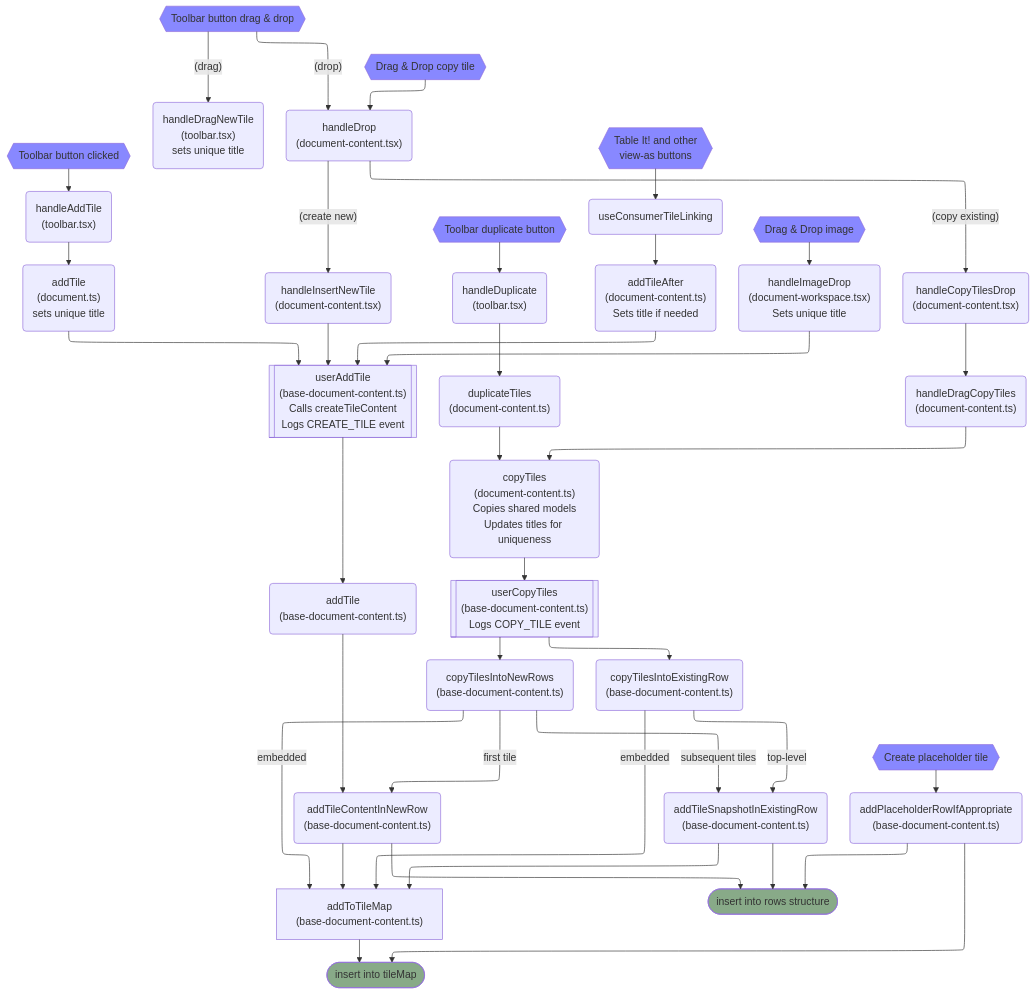
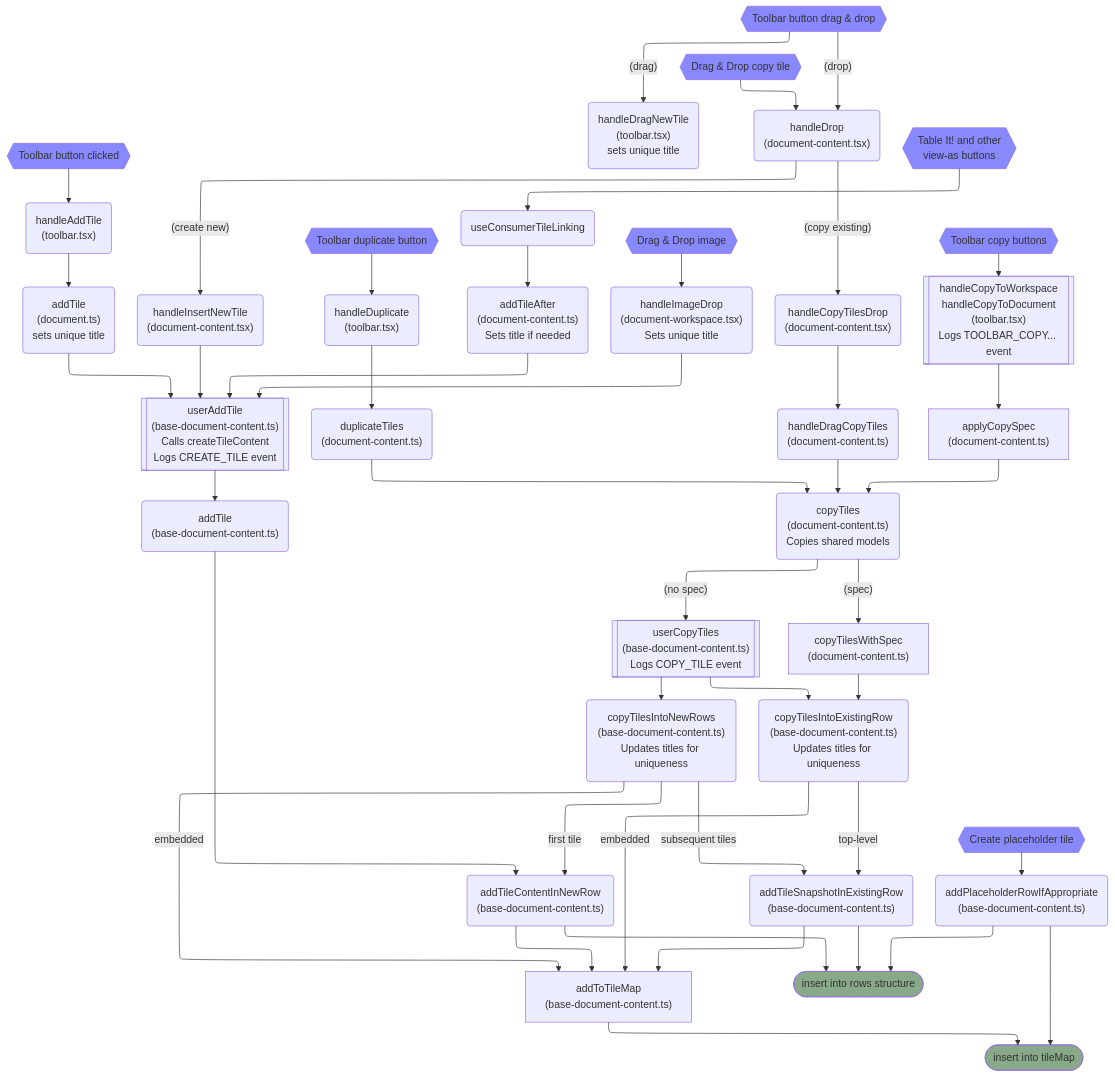
One commit to concord-consortium/collaborative-learning changed the diagram in docs/tile-creation.md. Above: the diagram before and after it, drawn with Mermaid. The commit also changed 5 other files, not shown here.

````diff
--- a/docs/tile-creation.md
+++ b/docs/tile-creation.md
@@ -27,8 +27,8 @@
 toolbarDuplicate{{Toolbar duplicate button}}
 ThandleDuplicate("handleDuplicate<br/>(toolbar.tsx)")
 DCduplicateTiles("duplicateTiles<br/>(document-content.ts)")
-DCcopyTiles("copyTiles<br/>(document-content.ts)<br/>Copies shared models<br/>Updates titles for uniqueness")
-BDCcopyTilesIntoNewRows("copyTilesIntoNewRows<br/>(base-document-content.ts)")
+DCcopyTiles("copyTiles<br/>(document-content.ts)<br/>Copies shared models")
+BDCcopyTilesIntoNewRows("copyTilesIntoNewRows<br/>(base-document-content.ts)<br/>Updates titles for uniqueness")
 
 toolbarDuplicate --> ThandleDuplicate --> DCduplicateTiles --> DCcopyTiles
 BDCcopyTilesIntoNewRows --> |first tile|BDCaddTileContentInNewRow
@@ -54,12 +54,17 @@
 DChandleCopyTilesDrop("handleCopyTilesDrop<br/>(document-content.tsx)")
 DChandleDragCopyTiles("handleDragCopyTiles<br/>(document-content.ts)")
 BDCuserCopyTiles[["userCopyTiles<br/>(base-document-content.ts)<br/>Logs COPY_TILE event"]]
-BDCcopyTilesIntoExistingRow("copyTilesIntoExistingRow<br/>(base-document-content.ts)")
+BDCcopyTilesIntoExistingRow("copyTilesIntoExistingRow<br/>(base-document-content.ts)<br/>Updates titles for uniqueness")
 BDCcopyTilesIntoExistingRow --> |embedded| BDCaddToTileMap
 BDCcopyTilesIntoExistingRow --> |top-level| BDCaddTileSnapshotInExistingRow
 
-dragTile --> DChandleDrop -- (copy existing) --> DChandleCopyTilesDrop --> DChandleDragCopyTiles --> DCcopyTiles --> BDCuserCopyTiles --> BDCcopyTilesIntoNewRows & BDCcopyTilesIntoExistingRow
+dragTile --> DChandleDrop -- (copy existing) --> DChandleCopyTilesDrop --> DChandleDragCopyTiles --> DCcopyTiles -- (no spec) --> BDCuserCopyTiles --> BDCcopyTilesIntoNewRows & BDCcopyTilesIntoExistingRow
 
+toolbarCopy{{Toolbar copy buttons}} --> handleCopyTo
+handleCopyTo[["handleCopyToWorkspace<br/>handleCopyToDocument<br/>(toolbar.tsx)<br/>Logs TOOLBAR_COPY... event"]] --> DCapplyCopySpec
+DCapplyCopySpec["applyCopySpec<br/>(document-content.ts)"] --> DCcopyTiles
+DCcopyTiles -- (spec) --> DCcopyTilesWithSpec
+DCcopyTilesWithSpec["copyTilesWithSpec<br/>(document-content.ts)"] --> BDCcopyTilesIntoExistingRow
 
 BDCaddTileContentInNewRow("addTileContentInNewRow<br/>(base-document-content.ts)")
 BDCaddTileSnapshotInExistingRow("addTileSnapshotInExistingRow<br/>(base-document-content.ts)")
@@ -81,6 +86,7 @@
 style dragImage fill:#88F
 style dragTile fill:#88F
 style tableIt fill:#88F
+style toolbarCopy fill:#88F
 style placeholder fill:#88F
 
 ```
````
